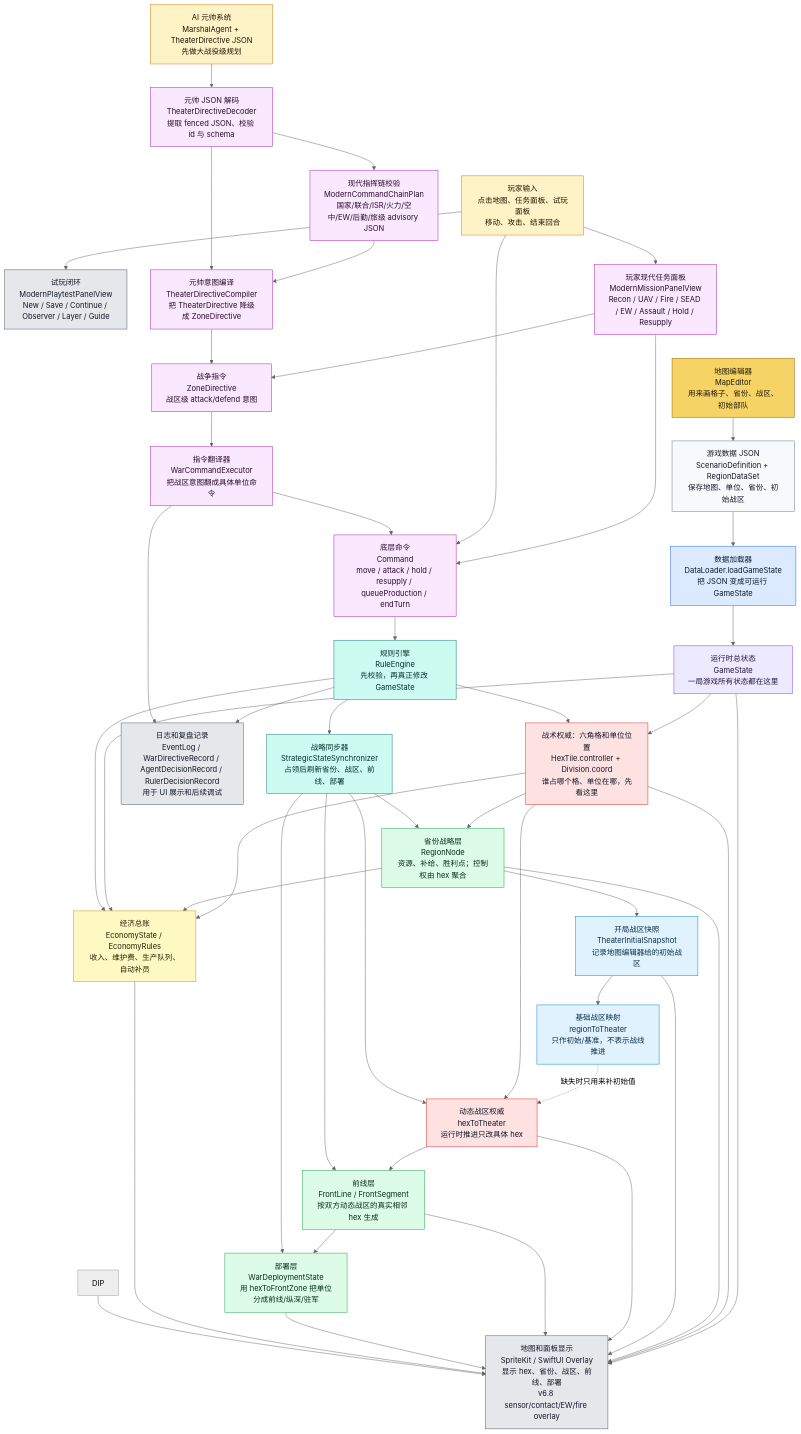
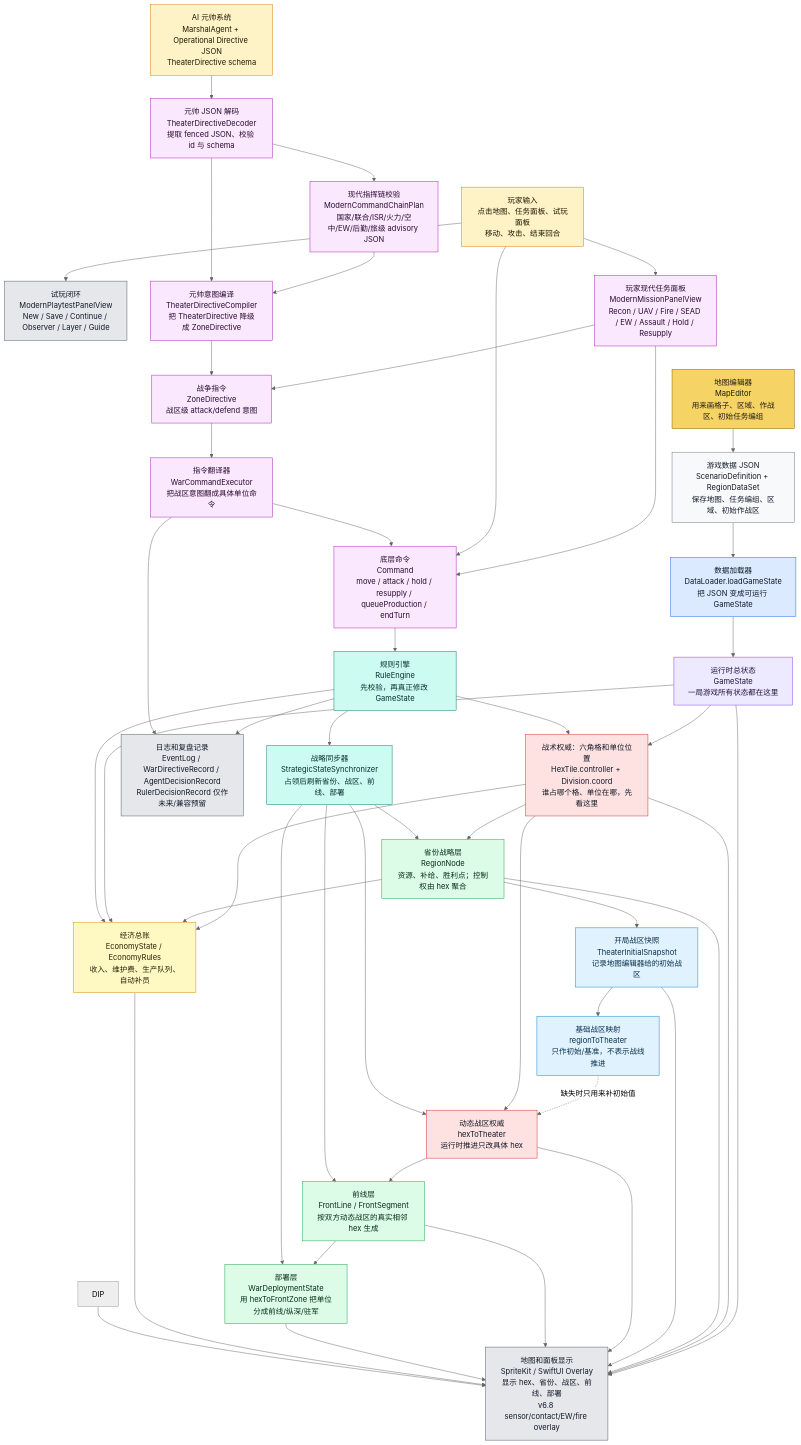
Diagram 13 of 20 in md/flow/flowchart.md (Altman-sam114/127), drawn with Mermaid (neutral theme) before and after one commit. The commit also changed other lines of this file and 43 other files, not shown here.

````diff
--- a/md/flow/flowchart.md
+++ b/md/flow/flowchart.md
@@ -394,82 +398,82 @@
 ```mermaid
 flowchart TD
-    ME["地图编辑器<br/>MapEditor<br/>用来画格子、省份、战区、初始部队"]:::editor
-    JSON["游戏数据 JSON<br/>ScenarioDefinition + RegionDataSet<br/>保存地图、单位、省份、初始战区"]:::data
+    ME["地图编辑器<br/>MapEditor<br/>用来画格子、区域、作战区、初始任务编组"]:::editor
+    JSON["游戏数据 JSON<br/>ScenarioDefinition + RegionDataSet<br/>保存地图、任务编组、区域、初始作战区"]:::data
     DL["数据加载器<br/>DataLoader.loadGameState<br/>把 JSON 变成可运行 GameState"]:::loader
     GS["运行时总状态<br/>GameState<br/>一局游戏所有状态都在这里"]:::state
 
     HEX["战术权威：六角格和单位位置<br/>HexTile.controller + Division.coord<br/>谁占哪个格、单位在哪，先看这里"]:::authority
     REGION["省份战略层<br/>RegionNode<br/>资源、补给、胜利点；控制权由 hex 聚合"]:::derived
     INIT["开局战区快照<br/>TheaterInitialSnapshot<br/>记录地图编辑器给的初始战区"]:::snapshot
     R2T["基础战区映射<br/>regionToTheater<br/>只作初始/基准，不表示战线推进"]:::snapshot
     H2T["动态战区权威<br/>hexToTheater<br/>运行时推进只改具体 hex"]:::authority
     FRONT["前线层<br/>FrontLine / FrontSegment<br/>按双方动态战区的真实相邻 hex 生成"]:::derived
     DEPLOY["部署层<br/>WarDeploymentState<br/>用 hexToFrontZone 把单位分成前线/纵深/驻军"]:::derived
     ECO["经济总账<br/>EconomyState / EconomyRules<br/>收入、维护费、生产队列、自动补员"]:::economy
     PLAYER["玩家输入<br/>点击地图、任务面板、试玩面板<br/>移动、攻击、结束回合"]:::input
     PLAYTEST["试玩闭环<br/>ModernPlaytestPanelView<br/>New / Save / Continue / Observer / Layer / Guide"]:::ui
     MISSION["玩家现代任务面板<br/>ModernMissionPanelView<br/>Recon / UAV / Fire / SEAD / EW / Assault / Hold / Resupply"]:::command
-    AI["AI 元帅系统<br/>MarshalAgent + TheaterDirective JSON<br/>先做大战役级规划"]:::input
+    AI["AI 元帅系统<br/>MarshalAgent + Operational Directive JSON<br/>TheaterDirective schema"]:::input
     DEC["元帅 JSON 解码<br/>TheaterDirectiveDecoder<br/>提取 fenced JSON、校验 id 与 schema"]:::command
     MCHAIN["现代指挥链校验<br/>ModernCommandChainPlan<br/>国家/联合/ISR/火力/空中/EW/后勤/旅级 advisory JSON"]:::command
     COMP["元帅意图编译<br/>TheaterDirectiveCompiler<br/>把 TheaterDirective 降级成 ZoneDirective"]:::command
     ZD["战争指令<br/>ZoneDirective<br/>战区级 attack/defend 意图"]:::command
     WCE["指令翻译器<br/>WarCommandExecutor<br/>把战区意图翻成具体单位命令"]:::command
     CMD["底层命令<br/>Command<br/>move / attack / hold / resupply / queueProduction / endTurn"]:::command
     RE["规则引擎<br/>RuleEngine<br/>先校验，再真正修改 GameState"]:::rules
     SYNC["战略同步器<br/>StrategicStateSynchronizer<br/>占领后刷新省份、战区、前线、部署"]:::rules
 
     UI["地图和面板显示<br/>SpriteKit / SwiftUI Overlay<br/>显示 hex、省份、战区、前线、部署<br/>v6.8 sensor/contact/EW/fire overlay"]:::ui
-    LOG["日志和复盘记录<br/>EventLog / WarDirectiveRecord / AgentDecisionRecord / RulerDecisionRecord<br/>用于 UI 展示和后续调试"]:::ui
+    LOG["日志和复盘记录<br/>EventLog / WarDirectiveRecord / AgentDecisionRecord<br/>RulerDecisionRecord 仅作未来/兼容预留"]:::ui
 
     ME --> JSON --> DL --> GS
     GS --> HEX
     HEX --> REGION
     HEX --> ECO
     REGION --> ECO
     REGION --> INIT
     INIT --> R2T
     R2T -.->|缺失时只用来补初始值| H2T
     HEX --> H2T
     H2T --> FRONT --> DEPLOY
     GS --> ECO
 
     PLAYER --> PLAYTEST
     PLAYER --> MISSION --> CMD
     PLAYER --> CMD
     MISSION --> ZD
     AI --> DEC --> MCHAIN --> COMP --> ZD --> WCE --> CMD
     DEC --> COMP
     CMD --> RE --> HEX
     RE --> ECO
     RE --> SYNC
     SYNC --> REGION
     SYNC --> H2T
     SYNC --> FRONT
     SYNC --> DEPLOY
 
     GS --> UI
     HEX --> UI
     REGION --> UI
     INIT --> UI
     H2T --> UI
     FRONT --> UI
     DEPLOY --> UI
     ECO --> UI
     DIP --> UI
     RE --> LOG
     WCE --> LOG
 
     classDef editor fill:#f6d365,stroke:#8a5a00,color:#1f1b10
     classDef data fill:#f8f9fb,stroke:#6b7280,color:#111827
     classDef loader fill:#dbeafe,stroke:#2563eb,color:#0f172a
     classDef state fill:#ede9fe,stroke:#7c3aed,color:#1f143d
     classDef authority fill:#fee2e2,stroke:#dc2626,color:#111827
     classDef derived fill:#dcfce7,stroke:#16a34a,color:#052e16
     classDef snapshot fill:#e0f2fe,stroke:#0284c7,color:#082f49
     classDef input fill:#fef3c7,stroke:#d97706,color:#1f1600
     classDef economy fill:#fef9c3,stroke:#ca8a04,color:#292107
     classDef command fill:#fae8ff,stroke:#a21caf,color:#2a0a2f
     classDef rules fill:#ccfbf1,stroke:#0f766e,color:#042f2e
     classDef ui fill:#e5e7eb,stroke:#4b5563,color:#111827
 ```
````
